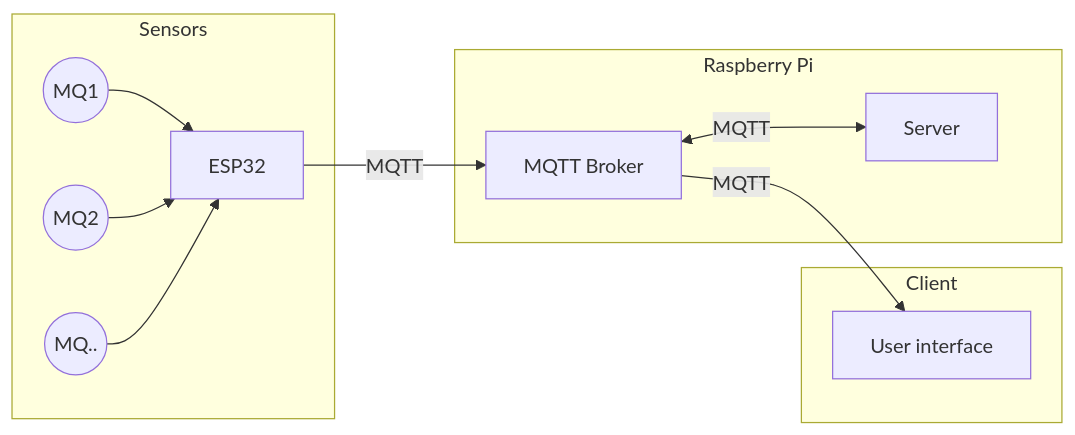
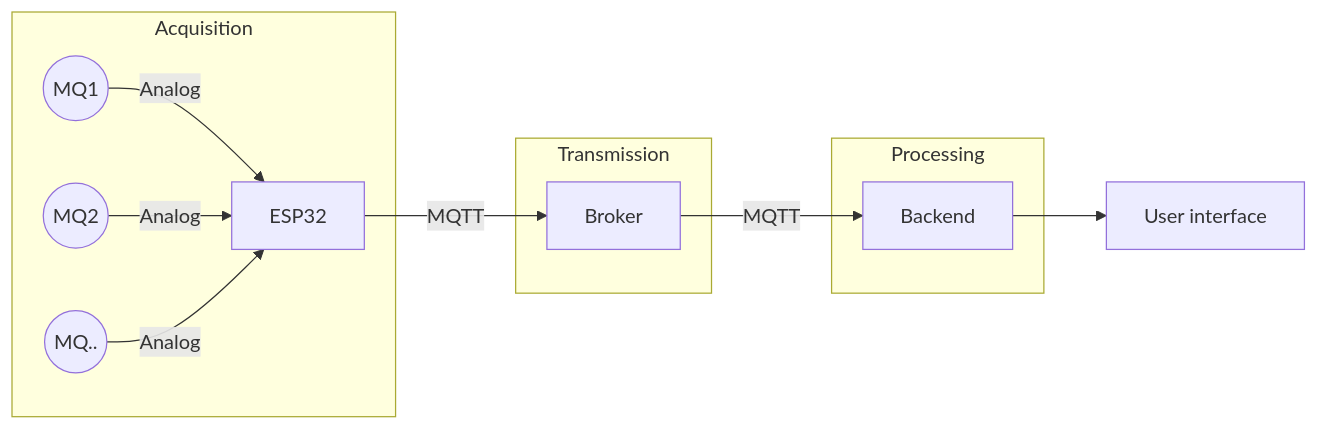
Before and after one commit to AlixANNERAUD/Odor_localization: the diagram in README.md, drawn with Mermaid.

Commit message:
Update readme architecture schematic

````diff
--- a/README.md
+++ b/README.md
@@ -9,20 +9,23 @@
 ```mermaid
 graph LR
     
-    subgraph "Sensors"
-        MQ1((MQ1)) --> ESP32
-        MQ2((MQ2)) --> ESP32
-        MQ..((MQ..)) --> ESP32
+    subgraph "Acquisition"
+        MQ1((MQ1)) -->|Analog| ESP32
+        MQ2((MQ2)) -->|Analog| ESP32
+        MQ..((MQ..)) -->|Analog| ESP32
     end
     
-    subgraph "Raspberry Pi"
-        Broker[MQTT Broker]
+    subgraph "Transmission"
+        Broker[Broker]
         ESP32 -->|MQTT| Broker
-        Broker <-->|MQTT| Server
+    end    
+
+    subgraph "Processing"
+        Backend[Backend]
+        Broker -->|MQTT| Backend
     end
 
-    subgraph Client
-        Broker -->|MQTT| UI["User interface"]
-    end
+    UI[User interface]
 
+    Backend --> UI
 ```
````
